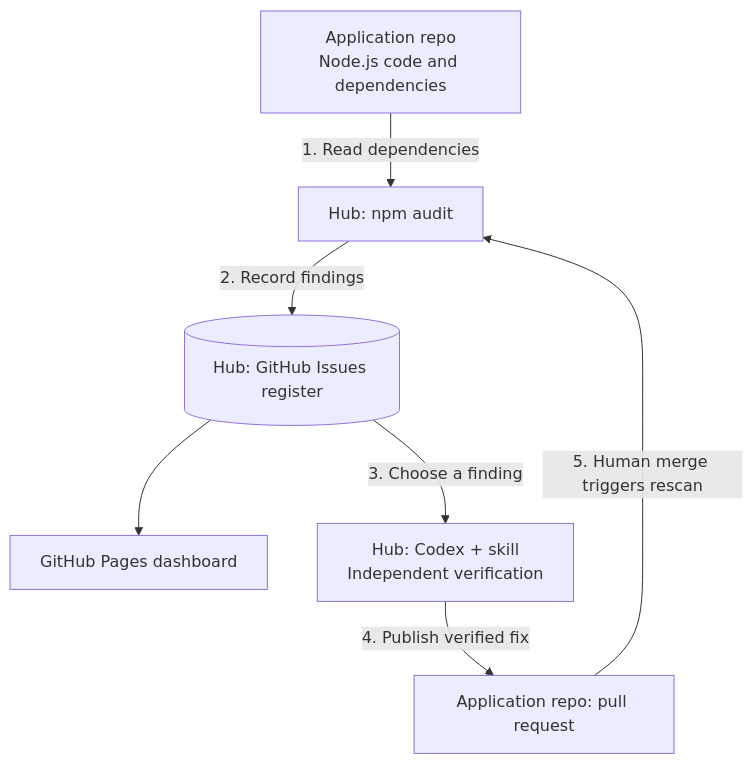
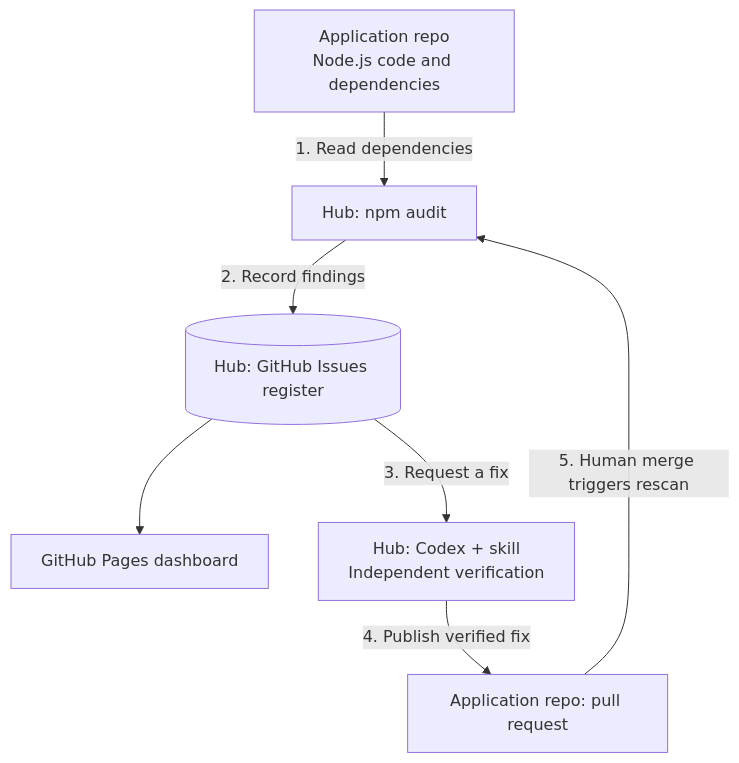
The diagram in docs/diagrams/architecture.mmd (vc4u2c/github-action-codex), drawn with Mermaid before and after one commit. The commit also changed 17 other files, not shown here.

Commit message:
Request Codex fixes from authorized register issue checkboxes

```diff
--- a/docs/diagrams/architecture.mmd
+++ b/docs/diagrams/architecture.mmd
@@ -1,7 +1,7 @@
 flowchart TB
   app["Application repo<br/>Node.js code and dependencies"] -->|"1. Read dependencies"| scan["Hub: npm audit"]
   scan -->|"2. Record findings"| register[("Hub: GitHub Issues register")]
   register --> dashboard["GitHub Pages dashboard"]
-  register -->|"3. Choose a finding"| fix["Hub: Codex + skill<br/>Independent verification"]
+  register -->|"3. Request a fix"| fix["Hub: Codex + skill<br/>Independent verification"]
   fix -->|"4. Publish verified fix"| pr["Application repo: pull request"]
   pr -->|"5. Human merge triggers rescan"| scan
```
